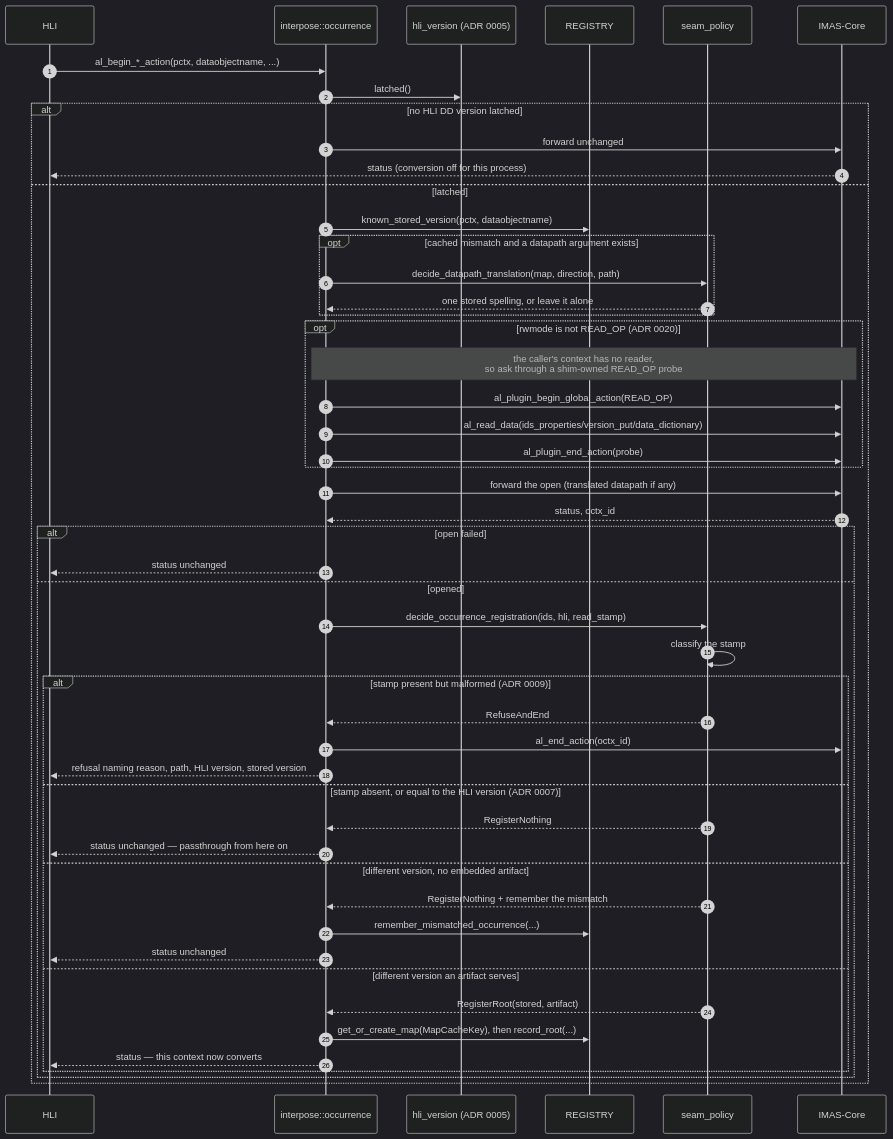
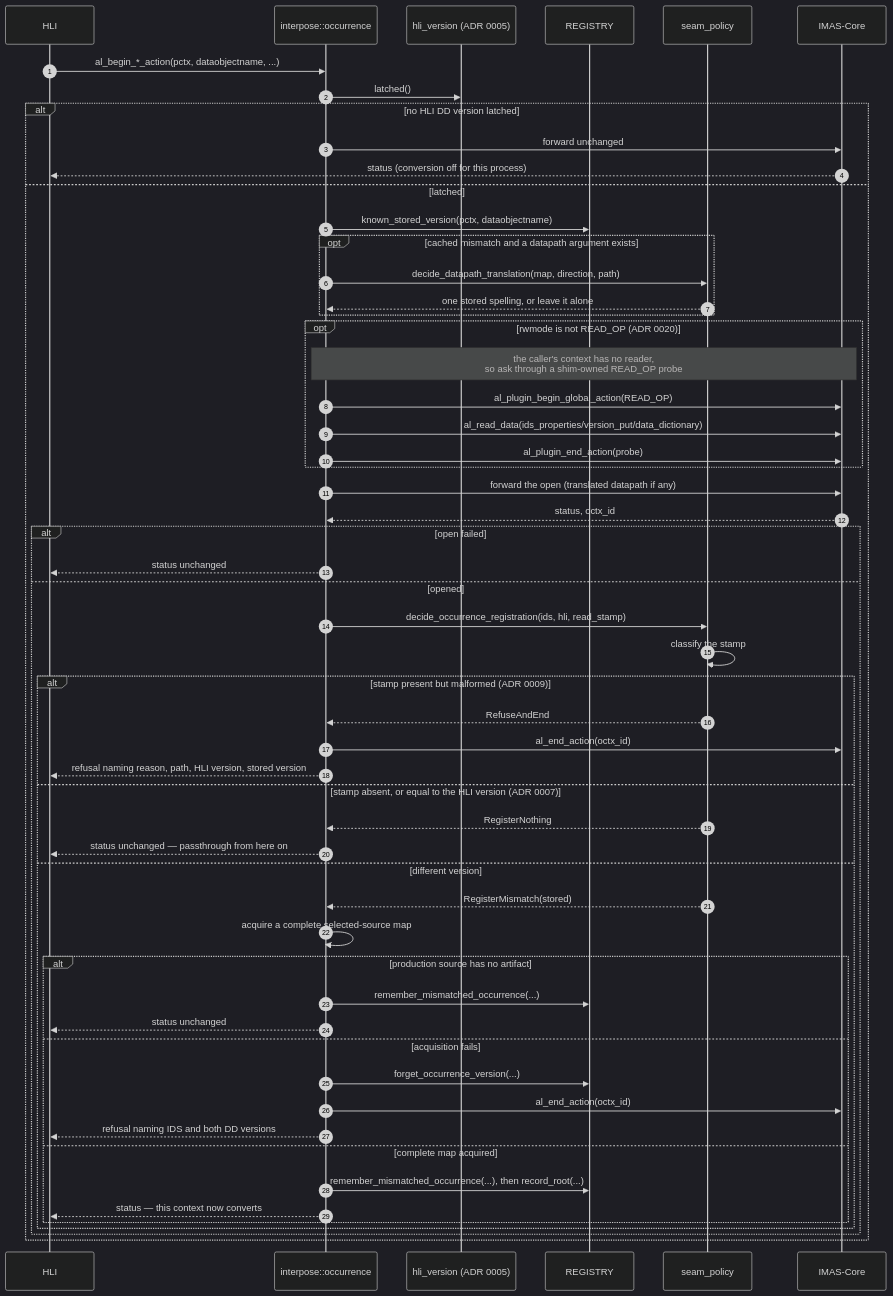
Before and after one commit to yohannmarguier/IMAS-Multiversion-DD-Loader: the seventh of 11 diagrams in docs/ARCHITECTURE.md, drawn with Mermaid (dark theme). The commit also changed 12 other files, not shown here.

Commit message:
feat: exercise graph acquisition through C ABI

````diff
--- a/docs/ARCHITECTURE.md
+++ b/docs/ARCHITECTURE.md
@@ -539,55 +539,61 @@
 ```mermaid
 sequenceDiagram
     autonumber
     participant HLI
     participant OCC as interpose::occurrence
     participant LATCH as hli_version (ADR 0005)
     participant REG as REGISTRY
     participant POL as seam_policy
     participant CORE as IMAS-Core
 
     HLI->>OCC: al_begin_*_action(pctx, dataobjectname, ...)
     OCC->>LATCH: latched()
     alt no HLI DD version latched
         OCC->>CORE: forward unchanged
         CORE-->>HLI: status (conversion off for this process)
     else latched
         OCC->>REG: known_stored_version(pctx, dataobjectname)
         opt cached mismatch and a datapath argument exists
             OCC->>POL: decide_datapath_translation(map, direction, path)
             POL-->>OCC: one stored spelling, or leave it alone
         end
 
         opt rwmode is not READ_OP (ADR 0020)
             Note over OCC,CORE: the caller's context has no reader,<br/>so ask through a shim-owned READ_OP probe
             OCC->>CORE: al_plugin_begin_global_action(READ_OP)
             OCC->>CORE: al_read_data(ids_properties/version_put/data_dictionary)
             OCC->>CORE: al_plugin_end_action(probe)
         end
 
         OCC->>CORE: forward the open (translated datapath if any)
         CORE-->>OCC: status, octx_id
         alt open failed
             OCC-->>HLI: status unchanged
         else opened
             OCC->>POL: decide_occurrence_registration(ids, hli, read_stamp)
             POL->>POL: classify the stamp
             alt stamp present but malformed (ADR 0009)
                 POL-->>OCC: RefuseAndEnd
                 OCC->>CORE: al_end_action(octx_id)
                 OCC-->>HLI: refusal naming reason, path, HLI version, stored version
             else stamp absent, or equal to the HLI version (ADR 0007)
                 POL-->>OCC: RegisterNothing
                 OCC-->>HLI: status unchanged — passthrough from here on
-            else different version, no embedded artifact
-                POL-->>OCC: RegisterNothing + remember the mismatch
-                OCC->>REG: remember_mismatched_occurrence(...)
-                OCC-->>HLI: status unchanged
-            else different version an artifact serves
-                POL-->>OCC: RegisterRoot(stored, artifact)
-                OCC->>REG: get_or_create_map(MapCacheKey), then record_root(...)
-                OCC-->>HLI: status — this context now converts
+            else different version
+                POL-->>OCC: RegisterMismatch(stored)
+                OCC->>OCC: acquire a complete selected-source map
+                alt production source has no artifact
+                    OCC->>REG: remember_mismatched_occurrence(...)
+                    OCC-->>HLI: status unchanged
+                else acquisition fails
+                    OCC->>REG: forget_occurrence_version(...)
+                    OCC->>CORE: al_end_action(octx_id)
+                    OCC-->>HLI: refusal naming IDS and both DD versions
+                else complete map acquired
+                    OCC->>REG: remember_mismatched_occurrence(...), then record_root(...)
+                    OCC-->>HLI: status — this context now converts
+                end
             end
         end
     end
 ```
````
